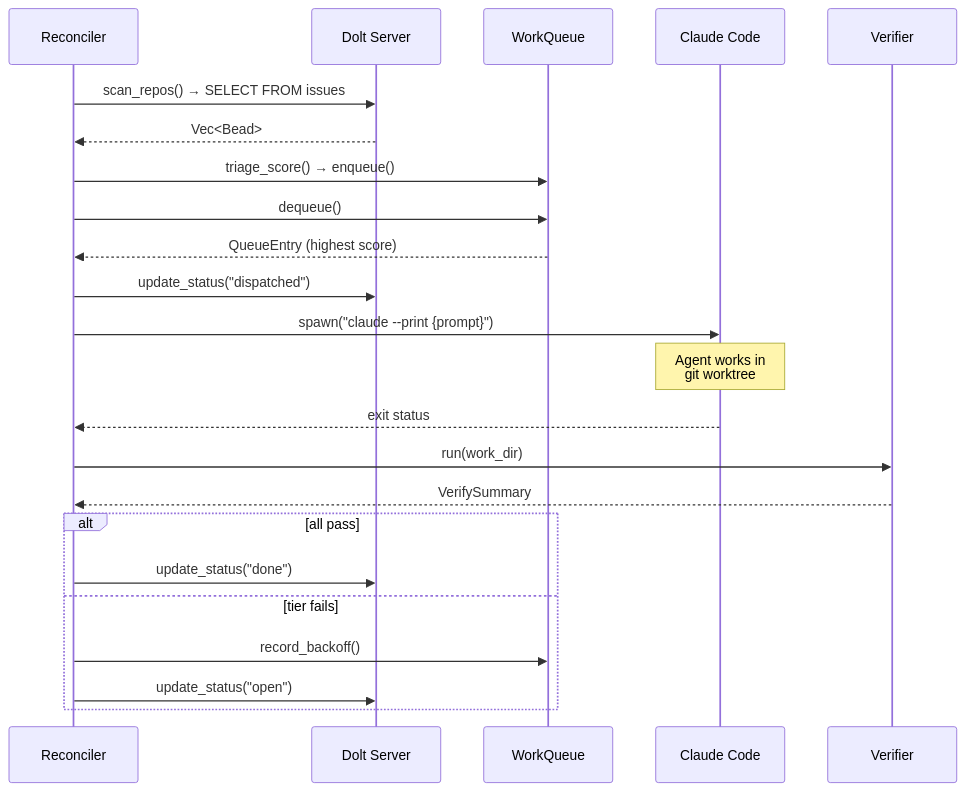
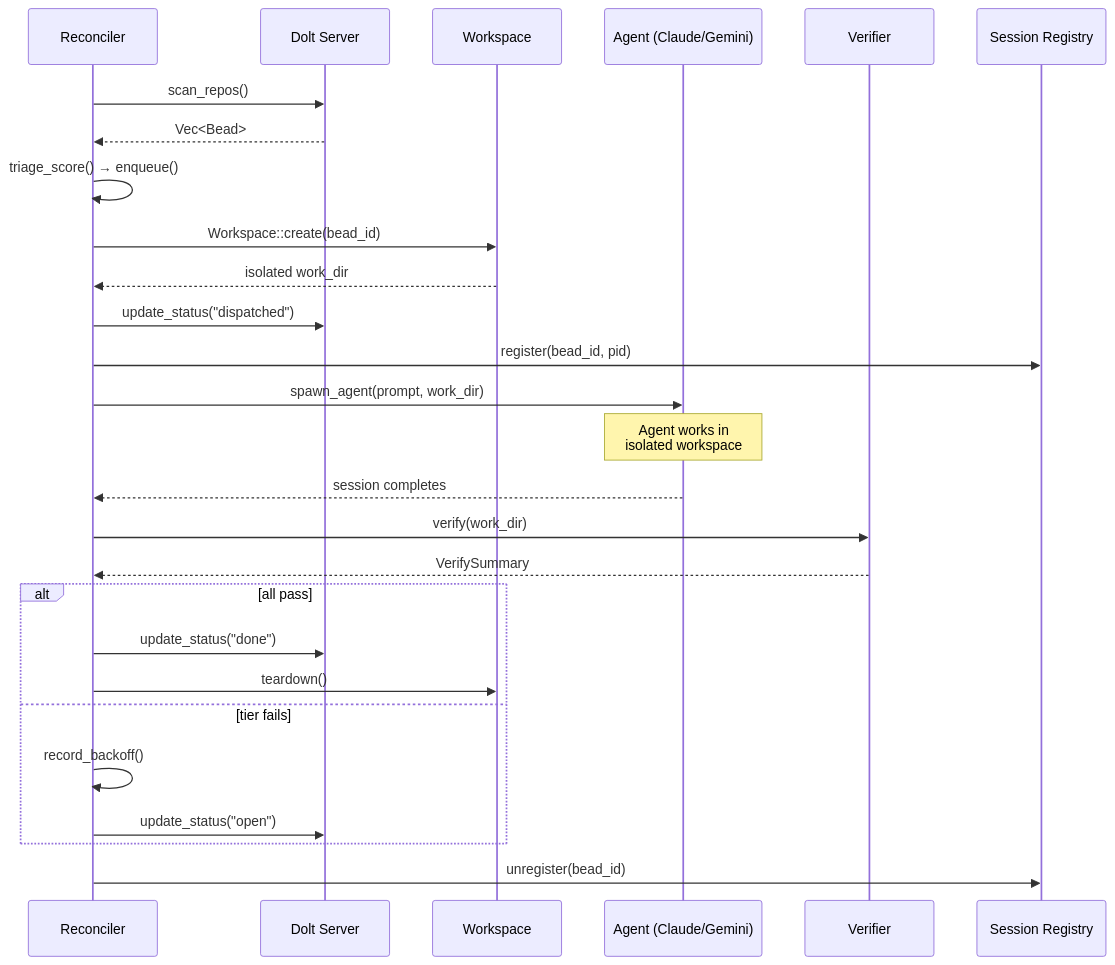
The seventh of 7 diagrams in docs/ARCHITECTURE.md (agentic-research/rosary), drawn with Mermaid before and after one commit. The commit also changed other lines of this file, not shown here.

First line of the commit message:
docs: update ARCHITECTURE.md — add new modules, fix stale diagrams

````diff
--- a/docs/ARCHITECTURE.md
+++ b/docs/ARCHITECTURE.md
@@ -179,26 +216,30 @@
 ```mermaid
 sequenceDiagram
     participant R as Reconciler
     participant D as Dolt Server
-    participant Q as WorkQueue
-    participant C as Claude Code
+    participant W as Workspace
+    participant A as Agent (Claude/Gemini)
     participant V as Verifier
+    participant S as Session Registry
 
-    R->>D: scan_repos() → SELECT FROM issues
+    R->>D: scan_repos()
     D-->>R: Vec<Bead>
-    R->>Q: triage_score() → enqueue()
-    R->>Q: dequeue()
-    Q-->>R: QueueEntry (highest score)
+    R->>R: triage_score() → enqueue()
+    R->>W: Workspace::create(bead_id)
+    W-->>R: isolated work_dir
     R->>D: update_status("dispatched")
-    R->>C: spawn("claude --print {prompt}")
-    Note over C: Agent works in<br/>git worktree
-    C-->>R: exit status
-    R->>V: run(work_dir)
+    R->>S: register(bead_id, pid)
+    R->>A: spawn_agent(prompt, work_dir)
+    Note over A: Agent works in<br/>isolated workspace
+    A-->>R: session completes
+    R->>V: verify(work_dir)
     V-->>R: VerifySummary
     alt all pass
         R->>D: update_status("done")
+        R->>W: teardown()
     else tier fails
-        R->>Q: record_backoff()
+        R->>R: record_backoff()
         R->>D: update_status("open")
     end
+    R->>S: unregister(bead_id)
 ```
````
